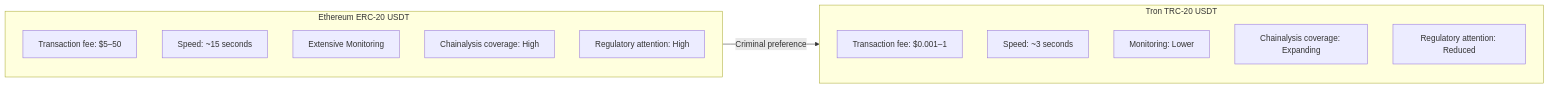
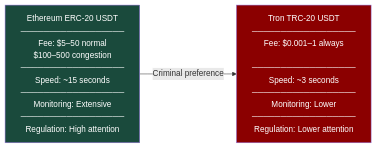
Before and after one commit to KotsykAndrey/aml-blockchain-portfolio: the fifth of 7 diagrams in case-2-pig-butchering/README.md, drawn with Mermaid. The commit also changed other lines of this file, not shown here.

````diff
--- a/case-2-pig-butchering/README.md
+++ b/case-2-pig-butchering/README.md
@@ -425,20 +407,29 @@
 ```mermaid
 flowchart LR
-subgraph ETH["Ethereum ERC-20 USDT"]
-E1["Transaction fee: $5–50"]
-E2["Speed: ~15 seconds"]
-E3["Extensive Monitoring"]
-E4["Chainalysis coverage: High"]
-E5["Regulatory attention: High"]
-end
-
-subgraph TRX["Tron TRC-20 USDT"]
-T1["Transaction fee: $0.001–1"]
-T2["Speed: ~3 seconds"]
-T3["Monitoring: Lower"]
-T4["Chainalysis coverage: Expanding"]
-T5["Regulatory attention: Reduced"]
-end
-
-ETH -->|"Criminal preference"| TRX
+    E1["Ethereum ERC-20 USDT
+──────────────────
+Fee: $5–50 normal
+$100–500 congestion
+──────────────────
+Speed: ~15 seconds
+──────────────────
+Monitoring: Extensive
+──────────────────
+Regulation: High attention"]
+ 
+    T1["Tron TRC-20 USDT
+──────────────────
+Fee: $0.001–1 always
+ 
+──────────────────
+Speed: ~3 seconds
+──────────────────
+Monitoring: Lower
+──────────────────
+Regulation: Lower attention"]
+ 
+    E1 -->|"Criminal preference"| T1
+ 
+    style E1 fill:#1A4A3C,color:#fff
+    style T1 fill:#8b0000,color:#fff
 ```
````
